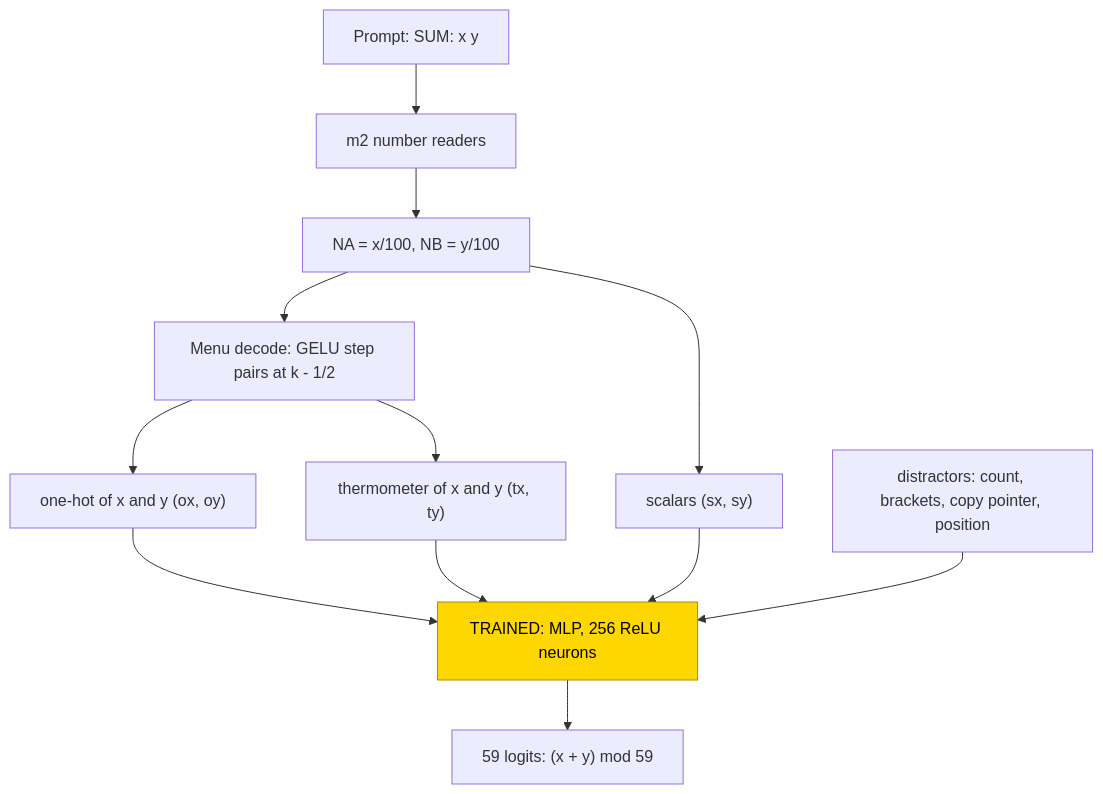
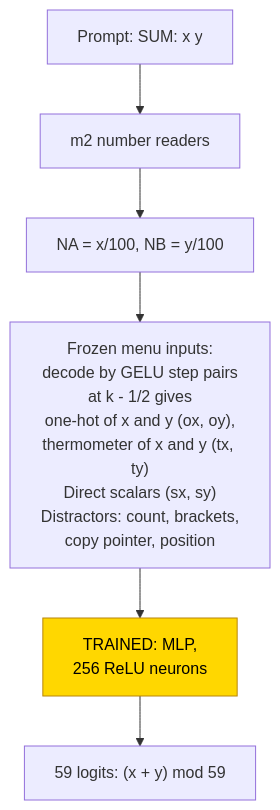
The first of 2 diagrams in entries/modular-addition-mlp.md (jc1122/mechanistic-interpretability-circuit-atlas), drawn with Mermaid before and after one commit. The commit also changed other lines of this file and 40 other files, not shown here.

First line of the commit message:
Cold-reader pass on all 41 entries: reading routes, first-screen scopes, accessible diagrams, verified headline sources (ux_reader1/2)

````diff
--- a/entries/modular-addition-mlp.md
+++ b/entries/modular-addition-mlp.md
@@ -102,16 +104,12 @@
 ```mermaid
 flowchart TD
+    accTitle: Frozen number readers with a trained arithmetic layer
+    accDescr: Frozen readers and the menu supply scalar, one-hot, thermometer and distractor features to the only trained MLP. There is no hand-built adder. The fitted clock formula is partial, with complement untested.
     P["Prompt: SUM: x y"] --> NR["m2 number readers"]
     NR --> NA["NA = x/100, NB = y/100"]
-    NA --> D["Menu decode: GELU step pairs at k - 1/2"]
-    D --> OH["one-hot of x and y (ox, oy)"]
-    D --> TH["thermometer of x and y (tx, ty)"]
-    NA --> SC["scalars (sx, sy)"]
-    OH --> M["TRAINED: MLP, 256 ReLU neurons"]
-    TH --> M
-    SC --> M
-    DS["distractors: count, brackets, copy pointer, position"] --> M
+    NA --> MENU["Frozen menu inputs:<br/>decode by GELU step pairs<br/>at k - 1/2 gives<br/>one-hot of x and y (ox, oy),<br/>thermometer of x and y (tx, ty)<br/>Direct scalars (sx, sy)<br/>Distractors: count, brackets,<br/>copy pointer, position"]
+    MENU --> M["TRAINED: MLP,<br/>256 ReLU neurons"]
     M --> Y["59 logits: (x + y) mod 59"]
     classDef trained fill:gold,stroke:darkgoldenrod,color:black
     class M trained
 ```
````
